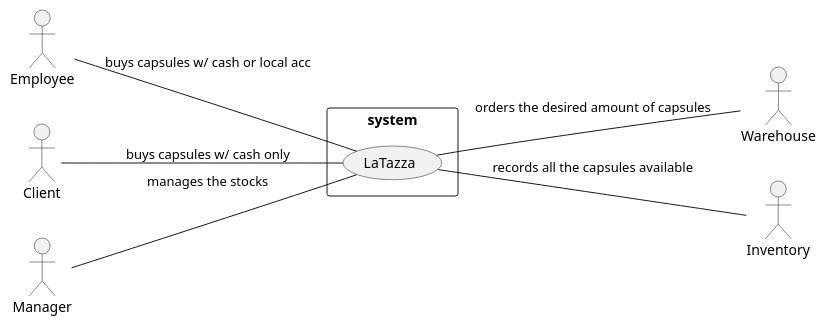
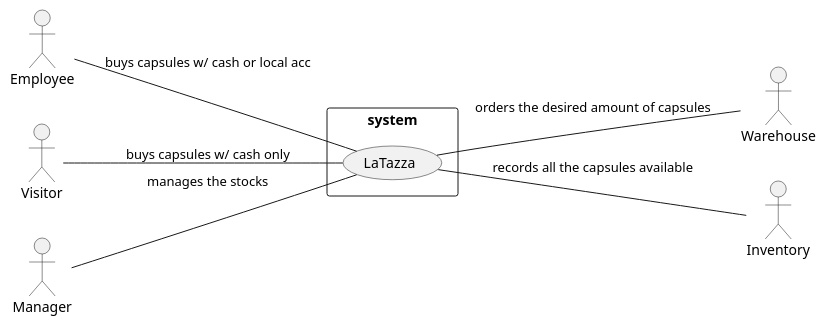
One commit to DarkSee/LaTazza changed the first of 2 diagrams in templates/RequirementsTemplate.md. Above: the diagram before and after it, drawn with PlantUML. The commit also changed other lines of this file, not shown here.

````diff
--- a/templates/RequirementsTemplate.md
+++ b/templates/RequirementsTemplate.md
@@ -45,19 +45,19 @@
 ```plantuml
 left to right direction
 skinparam packageStyle rectangle
 
 actor Employee as E
-actor Client as C
+actor Visitor as V
 actor Manager as M
 actor Warehouse as W
 actor Inventory as I
 
 rectangle system {
   (LaTazza) as LT
    M -- LT : "manages the stocks"
    E -- LT : "buys capsules w/ cash or local acc"
-   C -- LT : "buys capsules w/ cash only"
+   V -- LT : "buys capsules w/ cash only"
    LT -- I : "records all the capsules available"
    LT -- W : "orders the desired amount of capsules"
 }
 ```
````
